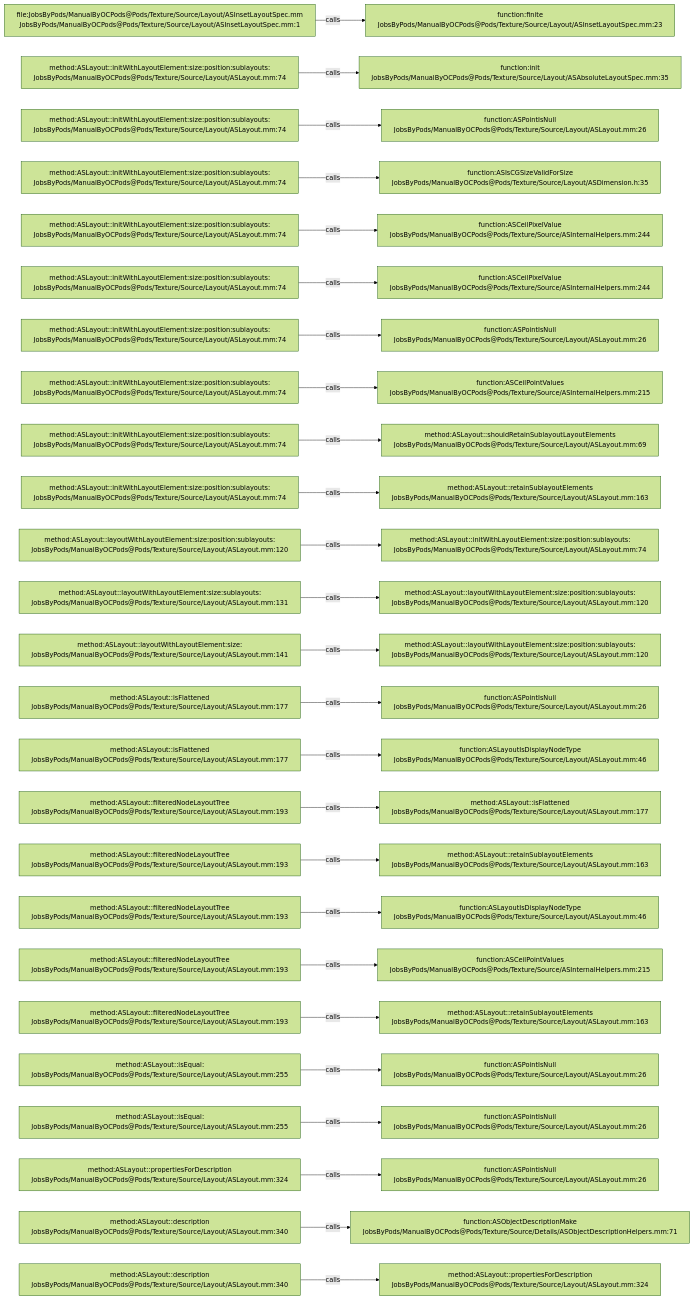
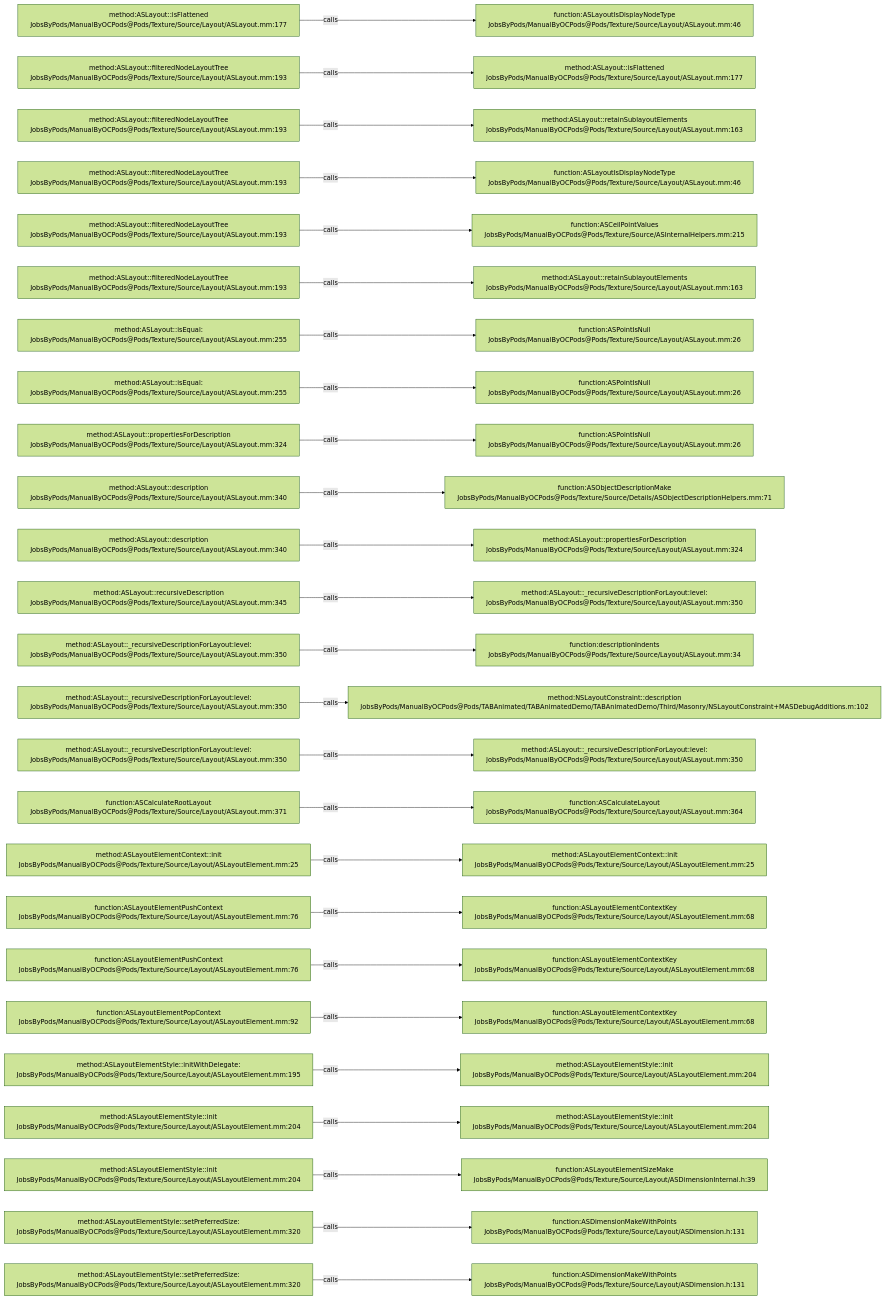
One commit to JobsKits/JobsOCBaseConfigDemo changed the diagram in .codegraph/codegraph.md/graphs/calls-180.md. Above: the diagram before and after it, drawn with Mermaid (forest theme). The commit also changed 296 other files, not shown here.

````diff
--- a/.codegraph/codegraph.md/graphs/calls-180.md
+++ b/.codegraph/codegraph.md/graphs/calls-180.md
@@ -13,78 +13,78 @@
 ```mermaid
 flowchart LR
-  S1["file:JobsByPods/ManualByOCPods@Pods/Texture/Source/Layout/ASInsetLayoutSpec.mm<br/>JobsByPods/ManualByOCPods@Pods/Texture/Source/Layout/ASInsetLayoutSpec.mm:1"]
-  T1["function:finite<br/>JobsByPods/ManualByOCPods@Pods/Texture/Source/Layout/ASInsetLayoutSpec.mm:23"]
+  S1["method:ASLayout::isFlattened<br/>JobsByPods/ManualByOCPods@Pods/Texture/Source/Layout/ASLayout.mm:177"]
+  T1["function:ASLayoutIsDisplayNodeType<br/>JobsByPods/ManualByOCPods@Pods/Texture/Source/Layout/ASLayout.mm:46"]
   S1 -->|calls| T1
-  S2["method:ASLayout::initWithLayoutElement:size:position:sublayouts:<br/>JobsByPods/ManualByOCPods@Pods/Texture/Source/Layout/ASLayout.mm:74"]
-  T2["function:init<br/>JobsByPods/ManualByOCPods@Pods/Texture/Source/Layout/ASAbsoluteLayoutSpec.mm:35"]
+  S2["method:ASLayout::filteredNodeLayoutTree<br/>JobsByPods/ManualByOCPods@Pods/Texture/Source/Layout/ASLayout.mm:193"]
+  T2["method:ASLayout::isFlattened<br/>JobsByPods/ManualByOCPods@Pods/Texture/Source/Layout/ASLayout.mm:177"]
   S2 -->|calls| T2
-  S3["method:ASLayout::initWithLayoutElement:size:position:sublayouts:<br/>JobsByPods/ManualByOCPods@Pods/Texture/Source/Layout/ASLayout.mm:74"]
-  T3["function:ASPointIsNull<br/>JobsByPods/ManualByOCPods@Pods/Texture/Source/Layout/ASLayout.mm:26"]
+  S3["method:ASLayout::filteredNodeLayoutTree<br/>JobsByPods/ManualByOCPods@Pods/Texture/Source/Layout/ASLayout.mm:193"]
+  T3["method:ASLayout::retainSublayoutElements<br/>JobsByPods/ManualByOCPods@Pods/Texture/Source/Layout/ASLayout.mm:163"]
   S3 -->|calls| T3
-  S4["method:ASLayout::initWithLayoutElement:size:position:sublayouts:<br/>JobsByPods/ManualByOCPods@Pods/Texture/Source/Layout/ASLayout.mm:74"]
-  T4["function:ASIsCGSizeValidForSize<br/>JobsByPods/ManualByOCPods@Pods/Texture/Source/Layout/ASDimension.h:35"]
+  S4["method:ASLayout::filteredNodeLayoutTree<br/>JobsByPods/ManualByOCPods@Pods/Texture/Source/Layout/ASLayout.mm:193"]
+  T4["function:ASLayoutIsDisplayNodeType<br/>JobsByPods/ManualByOCPods@Pods/Texture/Source/Layout/ASLayout.mm:46"]
   S4 -->|calls| T4
-  S5["method:ASLayout::initWithLayoutElement:size:position:sublayouts:<br/>JobsByPods/ManualByOCPods@Pods/Texture/Source/Layout/ASLayout.mm:74"]
-  T5["function:ASCeilPixelValue<br/>JobsByPods/ManualByOCPods@Pods/Texture/Source/ASInternalHelpers.mm:244"]
+  S5["method:ASLayout::filteredNodeLayoutTree<br/>JobsByPods/ManualByOCPods@Pods/Texture/Source/Layout/ASLayout.mm:193"]
+  T5["function:ASCeilPointValues<br/>JobsByPods/ManualByOCPods@Pods/Texture/Source/ASInternalHelpers.mm:215"]
   S5 -->|calls| T5
-  S6["method:ASLayout::initWithLayoutElement:size:position:sublayouts:<br/>JobsByPods/ManualByOCPods@Pods/Texture/Source/Layout/ASLayout.mm:74"]
-  T6["function:ASCeilPixelValue<br/>JobsByPods/ManualByOCPods@Pods/Texture/Source/ASInternalHelpers.mm:244"]
+  S6["method:ASLayout::filteredNodeLayoutTree<br/>JobsByPods/ManualByOCPods@Pods/Texture/Source/Layout/ASLayout.mm:193"]
+  T6["method:ASLayout::retainSublayoutElements<br/>JobsByPods/ManualByOCPods@Pods/Texture/Source/Layout/ASLayout.mm:163"]
   S6 -->|calls| T6
-  S7["method:ASLayout::initWithLayoutElement:size:position:sublayouts:<br/>JobsByPods/ManualByOCPods@Pods/Texture/Source/Layout/ASLayout.mm:74"]
+  S7["method:ASLayout::isEqual:<br/>JobsByPods/ManualByOCPods@Pods/Texture/Source/Layout/ASLayout.mm:255"]
   T7["function:ASPointIsNull<br/>JobsByPods/ManualByOCPods@Pods/Texture/Source/Layout/ASLayout.mm:26"]
   S7 -->|calls| T7
-  S8["method:ASLayout::initWithLayoutElement:size:position:sublayouts:<br/>JobsByPods/ManualByOCPods@Pods/Texture/Source/Layout/ASLayout.mm:74"]
-  T8["function:ASCeilPointValues<br/>JobsByPods/ManualByOCPods@Pods/Texture/Source/ASInternalHelpers.mm:215"]
+  S8["method:ASLayout::isEqual:<br/>JobsByPods/ManualByOCPods@Pods/Texture/Source/Layout/ASLayout.mm:255"]
+  T8["function:ASPointIsNull<br/>JobsByPods/ManualByOCPods@Pods/Texture/Source/Layout/ASLayout.mm:26"]
   S8 -->|calls| T8
-  S9["method:ASLayout::initWithLayoutElement:size:position:sublayouts:<br/>JobsByPods/ManualByOCPods@Pods/Texture/Source/Layout/ASLayout.mm:74"]
-  T9["method:ASLayout::shouldRetainSublayoutLayoutElements<br/>JobsByPods/ManualByOCPods@Pods/Texture/Source/Layout/ASLayout.mm:69"]
+  S9["method:ASLayout::propertiesForDescription<br/>JobsByPods/ManualByOCPods@Pods/Texture/Source/Layout/ASLayout.mm:324"]
+  T9["function:ASPointIsNull<br/>JobsByPods/ManualByOCPods@Pods/Texture/Source/Layout/ASLayout.mm:26"]
   S9 -->|calls| T9
-  S10["method:ASLayout::initWithLayoutElement:size:position:sublayouts:<br/>JobsByPods/ManualByOCPods@Pods/Texture/Source/Layout/ASLayout.mm:74"]
-  T10["method:ASLayout::retainSublayoutElements<br/>JobsByPods/ManualByOCPods@Pods/Texture/Source/Layout/ASLayout.mm:163"]
+  S10["method:ASLayout::description<br/>JobsByPods/ManualByOCPods@Pods/Texture/Source/Layout/ASLayout.mm:340"]
+  T10["function:ASObjectDescriptionMake<br/>JobsByPods/ManualByOCPods@Pods/Texture/Source/Details/ASObjectDescriptionHelpers.mm:71"]
   S10 -->|calls| T10
-  S11["method:ASLayout::layoutWithLayoutElement:size:position:sublayouts:<br/>JobsByPods/ManualByOCPods@Pods/Texture/Source/Layout/ASLayout.mm:120"]
-  T11["method:ASLayout::initWithLayoutElement:size:position:sublayouts:<br/>JobsByPods/ManualByOCPods@Pods/Texture/Source/Layout/ASLayout.mm:74"]
+  S11["method:ASLayout::description<br/>JobsByPods/ManualByOCPods@Pods/Texture/Source/Layout/ASLayout.mm:340"]
+  T11["method:ASLayout::propertiesForDescription<br/>JobsByPods/ManualByOCPods@Pods/Texture/Source/Layout/ASLayout.mm:324"]
   S11 -->|calls| T11
-  S12["method:ASLayout::layoutWithLayoutElement:size:sublayouts:<br/>JobsByPods/ManualByOCPods@Pods/Texture/Source/Layout/ASLayout.mm:131"]
-  T12["method:ASLayout::layoutWithLayoutElement:size:position:sublayouts:<br/>JobsByPods/ManualByOCPods@Pods/Texture/Source/Layout/ASLayout.mm:120"]
+  S12["method:ASLayout::recursiveDescription<br/>JobsByPods/ManualByOCPods@Pods/Texture/Source/Layout/ASLayout.mm:345"]
+  T12["method:ASLayout::_recursiveDescriptionForLayout:level:<br/>JobsByPods/ManualByOCPods@Pods/Texture/Source/Layout/ASLayout.mm:350"]
   S12 -->|calls| T12
-  S13["method:ASLayout::layoutWithLayoutElement:size:<br/>JobsByPods/ManualByOCPods@Pods/Texture/Source/Layout/ASLayout.mm:141"]
-  T13["method:ASLayout::layoutWithLayoutElement:size:position:sublayouts:<br/>JobsByPods/ManualByOCPods@Pods/Texture/Source/Layout/ASLayout.mm:120"]
+  S13["method:ASLayout::_recursiveDescriptionForLayout:level:<br/>JobsByPods/ManualByOCPods@Pods/Texture/Source/Layout/ASLayout.mm:350"]
+  T13["function:descriptionIndents<br/>JobsByPods/ManualByOCPods@Pods/Texture/Source/Layout/ASLayout.mm:34"]
   S13 -->|calls| T13
-  S14["method:ASLayout::isFlattened<br/>JobsByPods/ManualByOCPods@Pods/Texture/Source/Layout/ASLayout.mm:177"]
-  T14["function:ASPointIsNull<br/>JobsByPods/ManualByOCPods@Pods/Texture/Source/Layout/ASLayout.mm:26"]
+  S14["method:ASLayout::_recursiveDescriptionForLayout:level:<br/>JobsByPods/ManualByOCPods@Pods/Texture/Source/Layout/ASLayout.mm:350"]
+  T14["method:NSLayoutConstraint::description<br/>JobsByPods/ManualByOCPods@Pods/TABAnimated/TABAnimatedDemo/TABAnimatedDemo/Third/Masonry/NSLayoutConstraint+MASDebugAdditions.m:102"]
   S14 -->|calls| T14
-  S15["method:ASLayout::isFlattened<br/>JobsByPods/ManualByOCPods@Pods/Texture/Source/Layout/ASLayout.mm:177"]
-  T15["function:ASLayoutIsDisplayNodeType<br/>JobsByPods/ManualByOCPods@Pods/Texture/Source/Layout/ASLayout.mm:46"]
+  S15["method:ASLayout::_recursiveDescriptionForLayout:level:<br/>JobsByPods/ManualByOCPods@Pods/Texture/Source/Layout/ASLayout.mm:350"]
+  T15["method:ASLayout::_recursiveDescriptionForLayout:level:<br/>JobsByPods/ManualByOCPods@Pods/Texture/Source/Layout/ASLayout.mm:350"]
   S15 -->|calls| T15
-  S16["method:ASLayout::filteredNodeLayoutTree<br/>JobsByPods/ManualByOCPods@Pods/Texture/Source/Layout/ASLayout.mm:193"]
-  T16["method:ASLayout::isFlattened<br/>JobsByPods/ManualByOCPods@Pods/Texture/Source/Layout/ASLayout.mm:177"]
+  S16["function:ASCalculateRootLayout<br/>JobsByPods/ManualByOCPods@Pods/Texture/Source/Layout/ASLayout.mm:371"]
+  T16["function:ASCalculateLayout<br/>JobsByPods/ManualByOCPods@Pods/Texture/Source/Layout/ASLayout.mm:364"]
   S16 -->|calls| T16
-  S17["method:ASLayout::filteredNodeLayoutTree<br/>JobsByPods/ManualByOCPods@Pods/Texture/Source/Layout/ASLayout.mm:193"]
-  T17["method:ASLayout::retainSublayoutElements<br/>JobsByPods/ManualByOCPods@Pods/Texture/Source/Layout/ASLayout.mm:163"]
+  S17["method:ASLayoutElementContext::init<br/>JobsByPods/ManualByOCPods@Pods/Texture/Source/Layout/ASLayoutElement.mm:25"]
+  T17["method:ASLayoutElementContext::init<br/>JobsByPods/ManualByOCPods@Pods/Texture/Source/Layout/ASLayoutElement.mm:25"]
   S17 -->|calls| T17
-  S18["method:ASLayout::filteredNodeLayoutTree<br/>JobsByPods/ManualByOCPods@Pods/Texture/Source/Layout/ASLayout.mm:193"]
-  T18["function:ASLayoutIsDisplayNodeType<br/>JobsByPods/ManualByOCPods@Pods/Texture/Source/Layout/ASLayout.mm:46"]
+  S18["function:ASLayoutElementPushContext<br/>JobsByPods/ManualByOCPods@Pods/Texture/Source/Layout/ASLayoutElement.mm:76"]
+  T18["function:ASLayoutElementContextKey<br/>JobsByPods/ManualByOCPods@Pods/Texture/Source/Layout/ASLayoutElement.mm:68"]
   S18 -->|calls| T18
-  S19["method:ASLayout::filteredNodeLayoutTree<br/>JobsByPods/ManualByOCPods@Pods/Texture/Source/Layout/ASLayout.mm:193"]
-  T19["function:ASCeilPointValues<br/>JobsByPods/ManualByOCPods@Pods/Texture/Source/ASInternalHelpers.mm:215"]
+  S19["function:ASLayoutElementPushContext<br/>JobsByPods/ManualByOCPods@Pods/Texture/Source/Layout/ASLayoutElement.mm:76"]
+  T19["function:ASLayoutElementContextKey<br/>JobsByPods/ManualByOCPods@Pods/Texture/Source/Layout/ASLayoutElement.mm:68"]
   S19 -->|calls| T19
-  S20["method:ASLayout::filteredNodeLayoutTree<br/>JobsByPods/ManualByOCPods@Pods/Texture/Source/Layout/ASLayout.mm:193"]
-  T20["method:ASLayout::retainSublayoutElements<br/>JobsByPods/ManualByOCPods@Pods/Texture/Source/Layout/ASLayout.mm:163"]
+  S20["function:ASLayoutElementPopContext<br/>JobsByPods/ManualByOCPods@Pods/Texture/Source/Layout/ASLayoutElement.mm:92"]
+  T20["function:ASLayoutElementContextKey<br/>JobsByPods/ManualByOCPods@Pods/Texture/Source/Layout/ASLayoutElement.mm:68"]
   S20 -->|calls| T20
-  S21["method:ASLayout::isEqual:<br/>JobsByPods/ManualByOCPods@Pods/Texture/Source/Layout/ASLayout.mm:255"]
-  T21["function:ASPointIsNull<br/>JobsByPods/ManualByOCPods@Pods/Texture/Source/Layout/ASLayout.mm:26"]
+  S21["method:ASLayoutElementStyle::initWithDelegate:<br/>JobsByPods/ManualByOCPods@Pods/Texture/Source/Layout/ASLayoutElement.mm:195"]
+  T21["method:ASLayoutElementStyle::init<br/>JobsByPods/ManualByOCPods@Pods/Texture/Source/Layout/ASLayoutElement.mm:204"]
   S21 -->|calls| T21
-  S22["method:ASLayout::isEqual:<br/>JobsByPods/ManualByOCPods@Pods/Texture/Source/Layout/ASLayout.mm:255"]
-  T22["function:ASPointIsNull<br/>JobsByPods/ManualByOCPods@Pods/Texture/Source/Layout/ASLayout.mm:26"]
+  S22["method:ASLayoutElementStyle::init<br/>JobsByPods/ManualByOCPods@Pods/Texture/Source/Layout/ASLayoutElement.mm:204"]
+  T22["method:ASLayoutElementStyle::init<br/>JobsByPods/ManualByOCPods@Pods/Texture/Source/Layout/ASLayoutElement.mm:204"]
   S22 -->|calls| T22
-  S23["method:ASLayout::propertiesForDescription<br/>JobsByPods/ManualByOCPods@Pods/Texture/Source/Layout/ASLayout.mm:324"]
-  T23["function:ASPointIsNull<br/>JobsByPods/ManualByOCPods@Pods/Texture/Source/Layout/ASLayout.mm:26"]
+  S23["method:ASLayoutElementStyle::init<br/>JobsByPods/ManualByOCPods@Pods/Texture/Source/Layout/ASLayoutElement.mm:204"]
+  T23["function:ASLayoutElementSizeMake<br/>JobsByPods/ManualByOCPods@Pods/Texture/Source/Layout/ASDimensionInternal.h:39"]
   S23 -->|calls| T23
-  S24["method:ASLayout::description<br/>JobsByPods/ManualByOCPods@Pods/Texture/Source/Layout/ASLayout.mm:340"]
-  T24["function:ASObjectDescriptionMake<br/>JobsByPods/ManualByOCPods@Pods/Texture/Source/Details/ASObjectDescriptionHelpers.mm:71"]
+  S24["method:ASLayoutElementStyle::setPreferredSize:<br/>JobsByPods/ManualByOCPods@Pods/Texture/Source/Layout/ASLayoutElement.mm:320"]
+  T24["function:ASDimensionMakeWithPoints<br/>JobsByPods/ManualByOCPods@Pods/Texture/Source/Layout/ASDimension.h:131"]
   S24 -->|calls| T24
-  S25["method:ASLayout::description<br/>JobsByPods/ManualByOCPods@Pods/Texture/Source/Layout/ASLayout.mm:340"]
-  T25["method:ASLayout::propertiesForDescription<br/>JobsByPods/ManualByOCPods@Pods/Texture/Source/Layout/ASLayout.mm:324"]
+  S25["method:ASLayoutElementStyle::setPreferredSize:<br/>JobsByPods/ManualByOCPods@Pods/Texture/Source/Layout/ASLayoutElement.mm:320"]
+  T25["function:ASDimensionMakeWithPoints<br/>JobsByPods/ManualByOCPods@Pods/Texture/Source/Layout/ASDimension.h:131"]
   S25 -->|calls| T25
 ```
````
